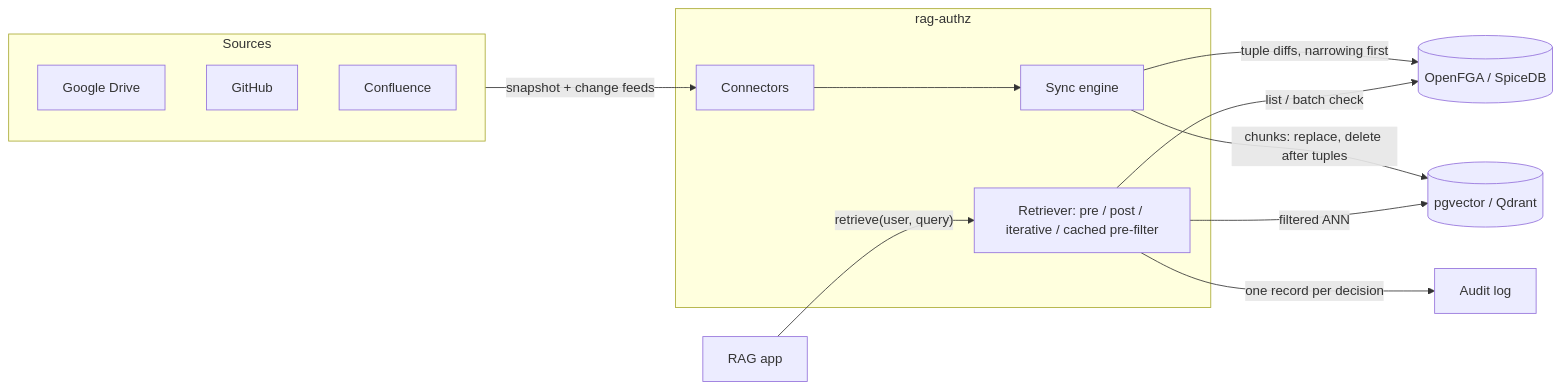
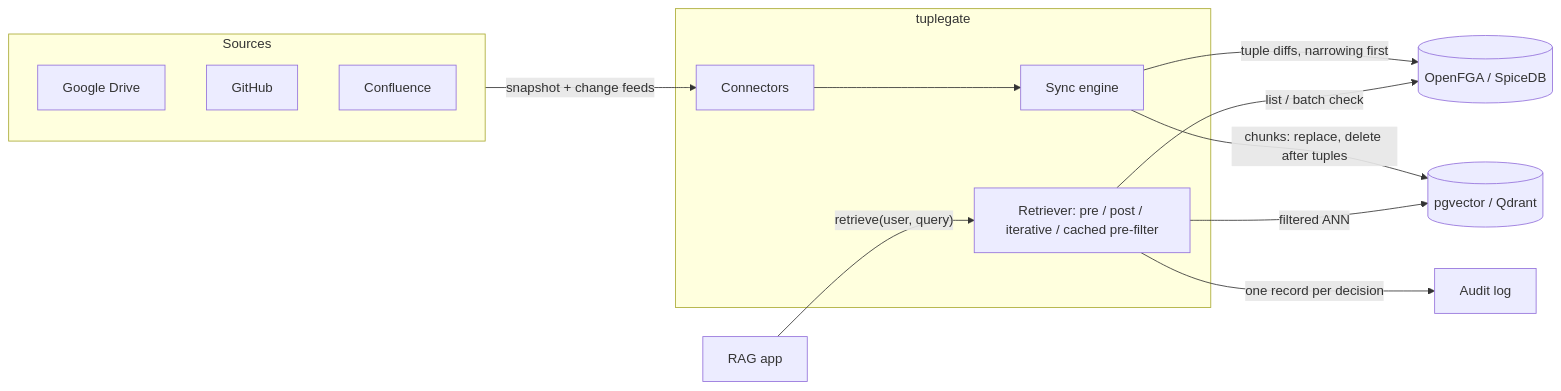
The diagram in README.md (digitalinnovator/tuplegate), drawn with Mermaid before and after one commit. The commit also changed other lines of this file and 89 other files, not shown here.

First line of the commit message:
Rename rag-authz to tuplegate

````diff
--- a/README.md
+++ b/README.md
@@ -97,19 +97,19 @@
 ```mermaid
 flowchart LR
     subgraph sources [Sources]
         GD[Google Drive]
         GH[GitHub]
         CF[Confluence]
     end
-    subgraph rag-authz
+    subgraph tuplegate
         C[Connectors] --> S[Sync engine]
         R[Retriever: pre / post / iterative / cached pre-filter]
     end
     sources -- "snapshot + change feeds" --> C
     S -- "tuple diffs, narrowing first" --> E[(OpenFGA / SpiceDB)]
     S -- "chunks: replace, delete after tuples" --> V[(pgvector / Qdrant)]
     App[RAG app] -- "retrieve(user, query)" --> R
     R -- "list / batch check" --> E
     R -- "filtered ANN" --> V
     R -- "one record per decision" --> A[Audit log]
 ```
````
